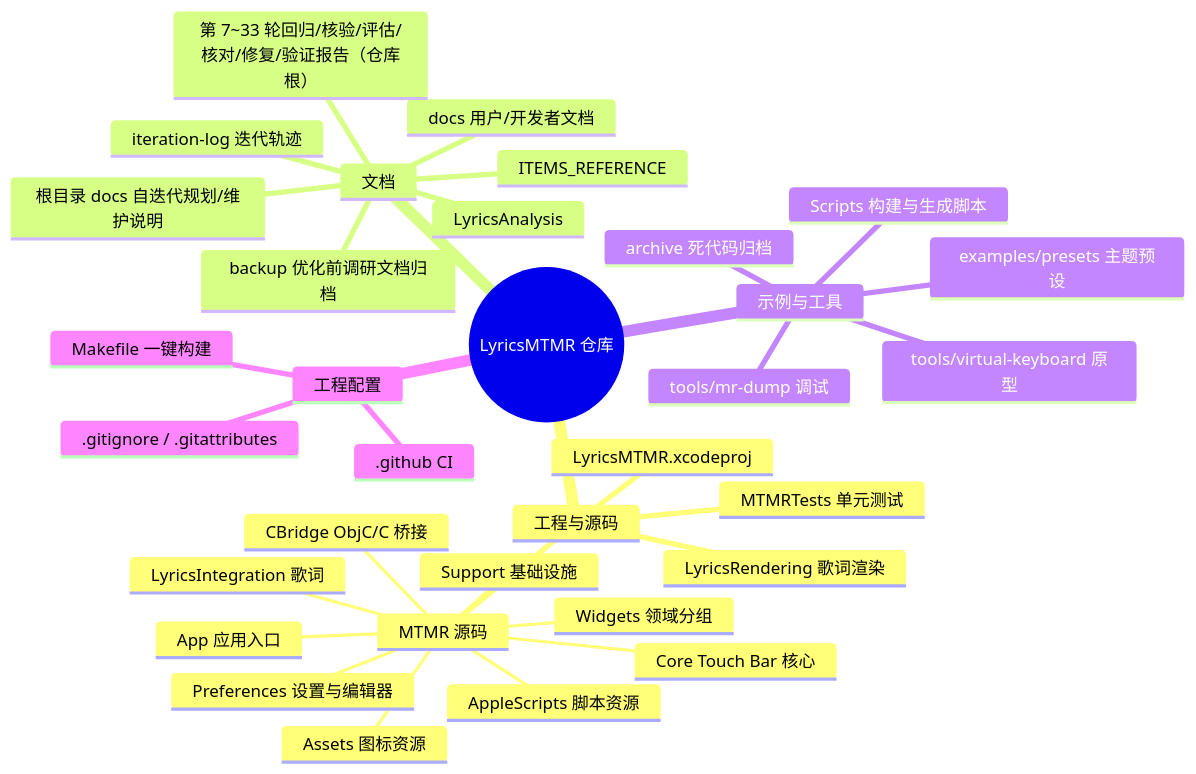
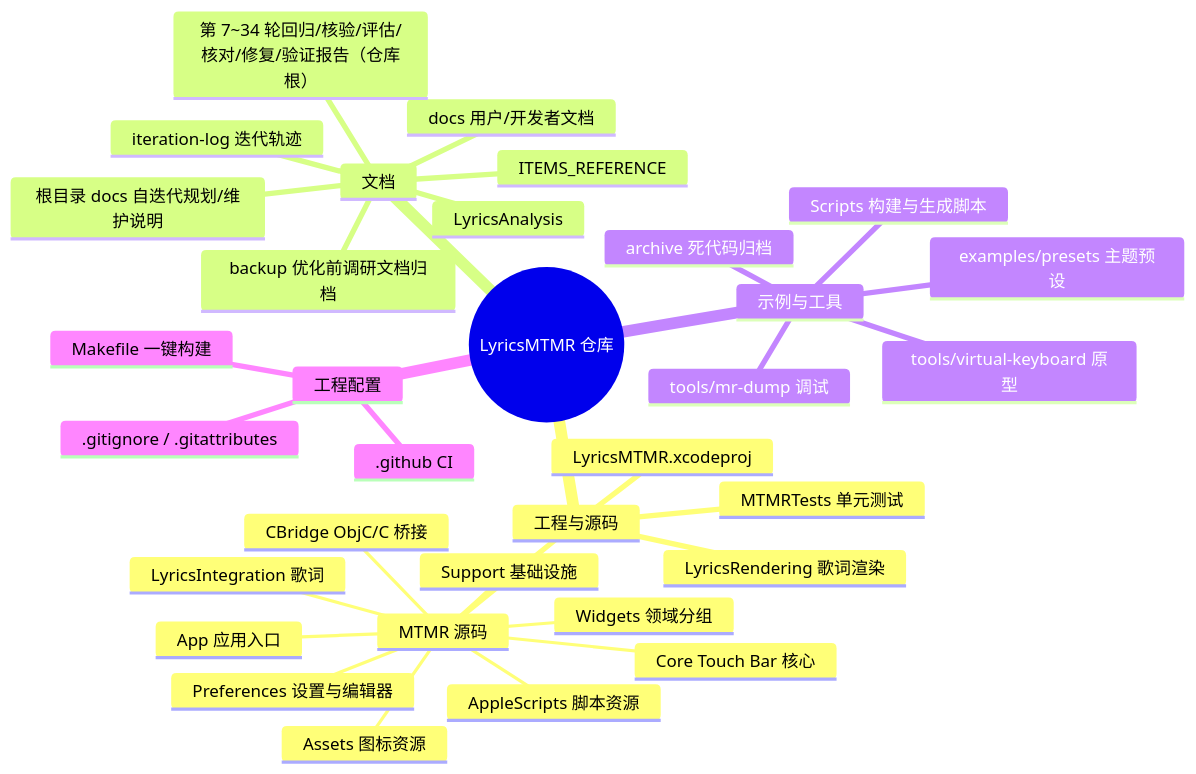
The first of 2 diagrams in LyricsMTMR/docs/file-structure.zh.md (Tangzishun-Li/LyricsMTMR), drawn with Mermaid before and after one commit. The commit also changed other lines of this file and 3 other files, not shown here.

````diff
--- a/LyricsMTMR/docs/file-structure.zh.md
+++ b/LyricsMTMR/docs/file-structure.zh.md
@@ -10,36 +10,36 @@
 ```mermaid
 mindmap
   root((LyricsMTMR 仓库))
     工程与源码
       LyricsMTMR.xcodeproj
       MTMR 源码
         App 应用入口
         Core Touch Bar 核心
         Support 基础设施
         Widgets 领域分组
         Preferences 设置与编辑器
         LyricsIntegration 歌词
         CBridge ObjC/C 桥接
         AppleScripts 脚本资源
         Assets 图标资源
       LyricsRendering 歌词渲染
       MTMRTests 单元测试
     文档
       docs 用户/开发者文档
       ITEMS_REFERENCE
       LyricsAnalysis
       backup 优化前调研文档归档
       iteration-log 迭代轨迹
       根目录 docs 自迭代规划/维护说明
-      第 7~33 轮回归/核验/评估/核对/修复/验证报告（仓库根）
+      第 7~34 轮回归/核验/评估/核对/修复/验证报告（仓库根）
     示例与工具
       examples/presets 主题预设
       tools/mr-dump 调试
       tools/virtual-keyboard 原型
       Scripts 构建与生成脚本
       archive 死代码归档
     工程配置
       .github CI
       .gitignore / .gitattributes
       Makefile 一键构建
 ```
````
